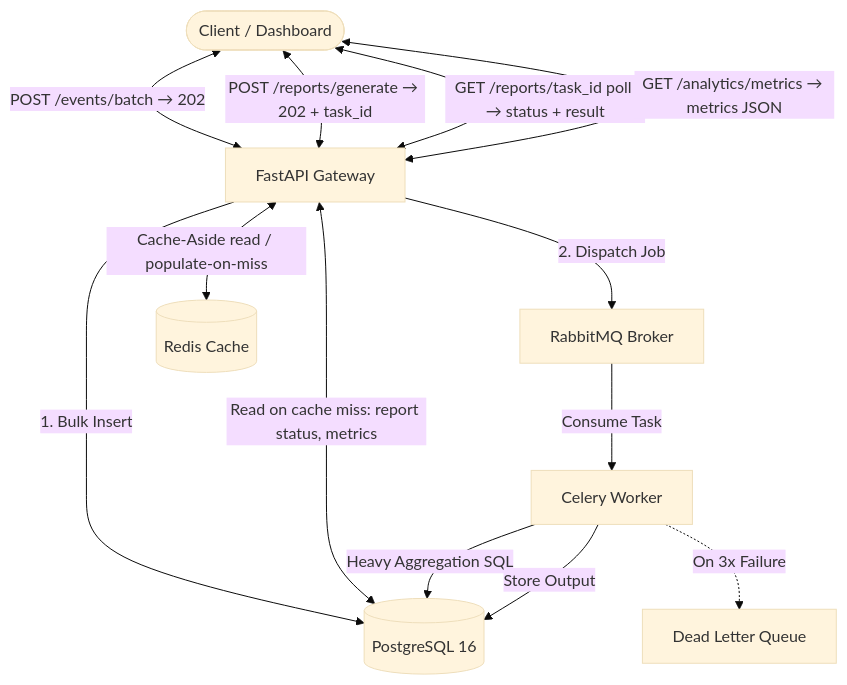
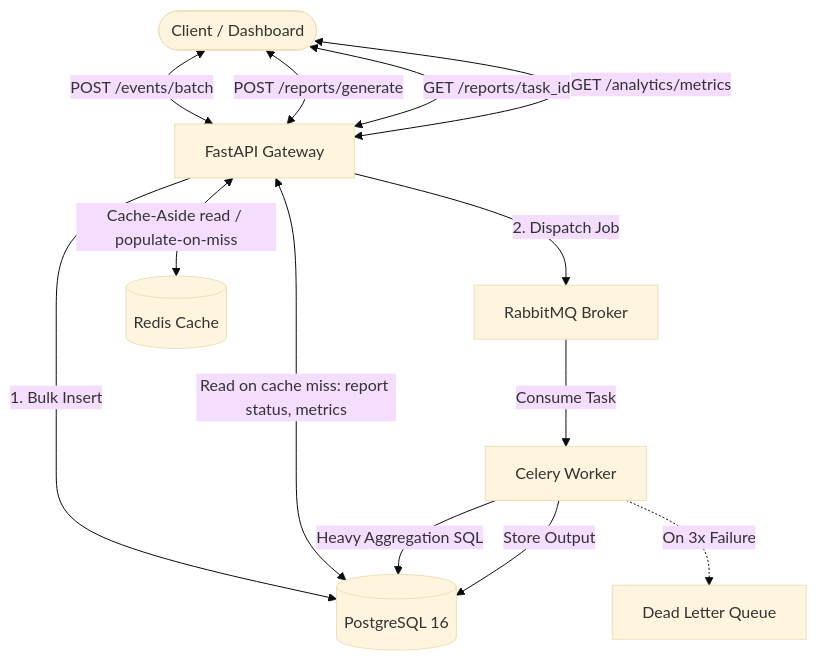
The diagram in README.md (Avrhambi/async-report-engine), drawn with Mermaid (base theme) before and after one commit.

Commit message:
readme: trim client-API edge labels to endpoint name only

````diff
--- a/README.md
+++ b/README.md
@@ -18,17 +18,17 @@
 ```mermaid
 flowchart TD
-    Client([Client / Dashboard]) <-->|POST /events/batch → 202| API[FastAPI Gateway]
-    Client <-->|POST /reports/generate → 202 + task_id| API
-    Client <-->|GET /reports/task_id poll → status + result| API
-    Client <-->|GET /analytics/metrics → metrics JSON| API
+    Client([Client / Dashboard]) <-->|POST /events/batch| API[FastAPI Gateway]
+    Client <-->|POST /reports/generate| API
+    Client <-->|GET /reports/task_id| API
+    Client <-->|GET /analytics/metrics| API
 
     API -->|1. Bulk Insert| DB[(PostgreSQL 16)]
     API -->|2. Dispatch Job| RMQ[RabbitMQ Broker]
     API <-->|Cache-Aside read / populate-on-miss| REDIS[(Redis Cache)]
     API <-->|Read on cache miss: report status, metrics| DB
 
     RMQ -->|Consume Task| WORKER[Celery Worker]
     WORKER -->|Heavy Aggregation SQL| DB
     WORKER -->|Store Output| DB
     WORKER -.->|On 3x Failure| DLQ[Dead Letter Queue]
 ```
````
